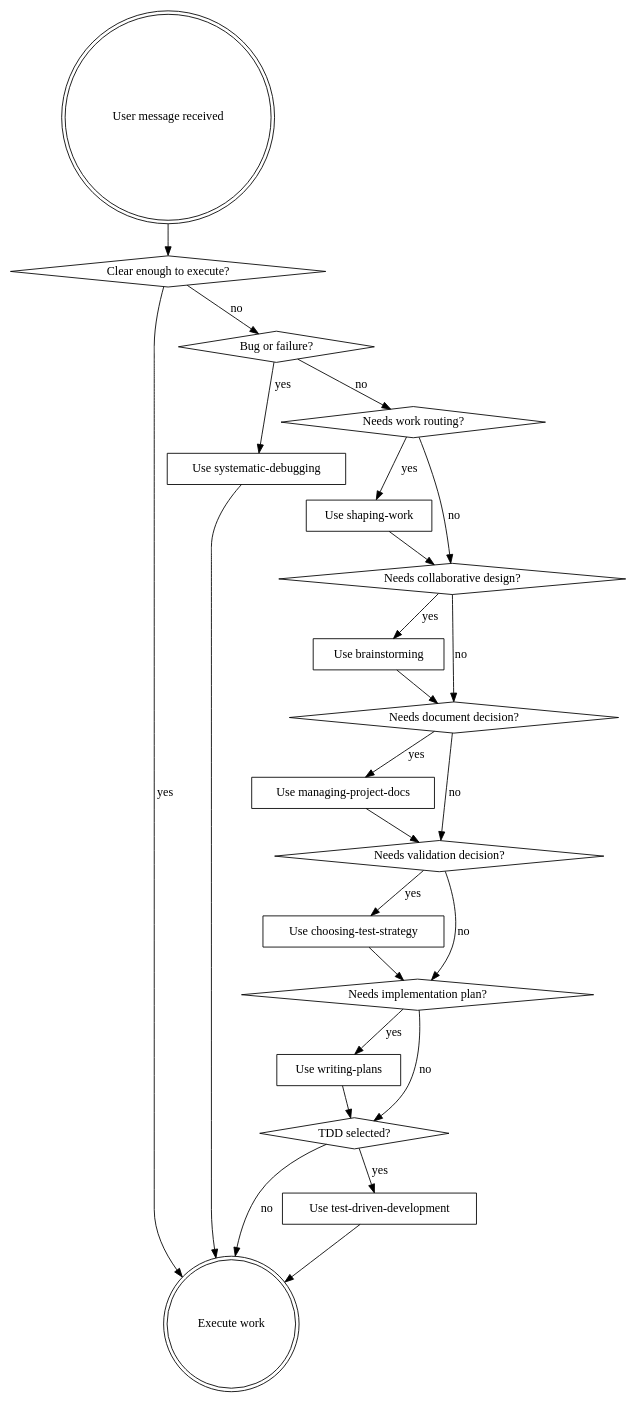
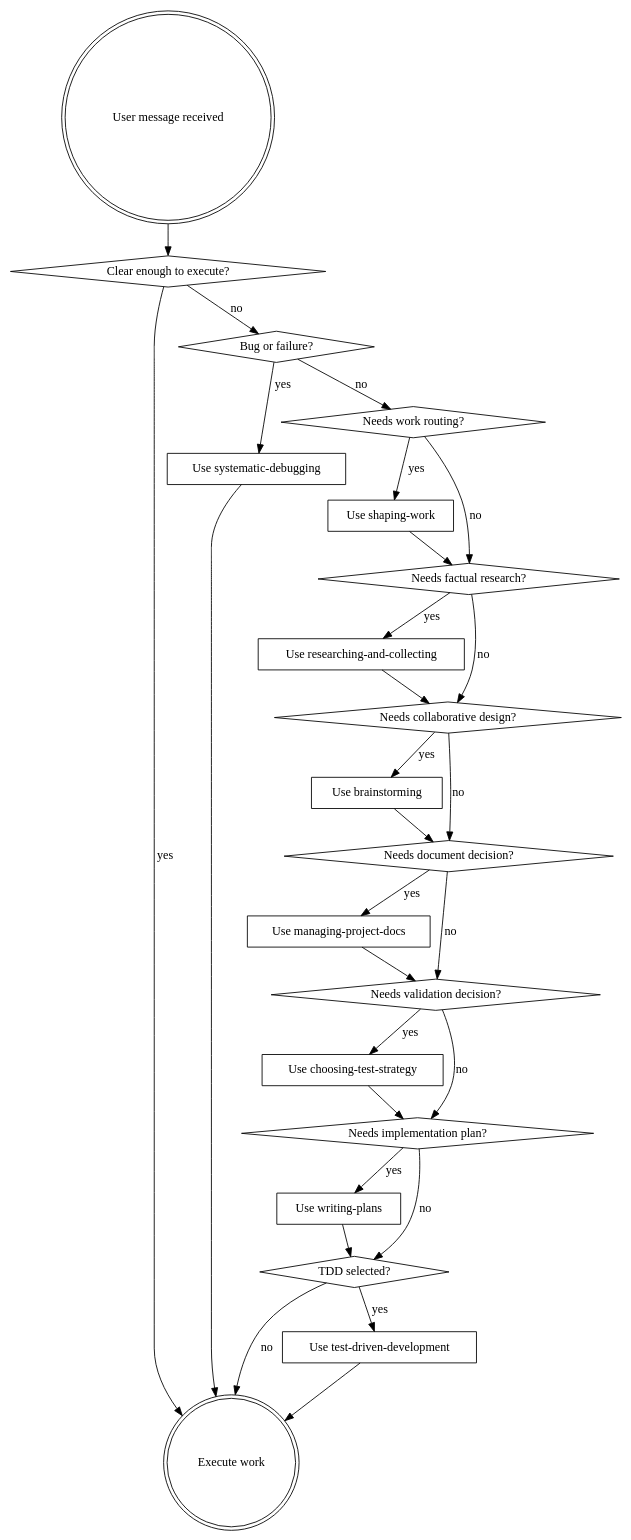
The diagram in using-redteapowers/SKILL.md (LanceAdd/RedTeaPowers), drawn with Graphviz before and after one commit. The commit also changed other lines of this file and 12 other files, not shown here.

````diff
--- a/using-redteapowers/SKILL.md
+++ b/using-redteapowers/SKILL.md
@@ -42,46 +43,51 @@
 ```dot
 digraph skill_flow {
     "User message received" [shape=doublecircle];
     "Clear enough to execute?" [shape=diamond];
     "Execute work" [shape=doublecircle];
     "Bug or failure?" [shape=diamond];
     "Use systematic-debugging" [shape=box];
     "Needs work routing?" [shape=diamond];
     "Use shaping-work" [shape=box];
+    "Needs factual research?" [shape=diamond];
+    "Use researching-and-collecting" [shape=box];
     "Needs collaborative design?" [shape=diamond];
     "Use brainstorming" [shape=box];
     "Needs document decision?" [shape=diamond];
     "Use managing-project-docs" [shape=box];
     "Needs validation decision?" [shape=diamond];
     "Use choosing-test-strategy" [shape=box];
     "Needs implementation plan?" [shape=diamond];
     "Use writing-plans" [shape=box];
     "TDD selected?" [shape=diamond];
     "Use test-driven-development" [shape=box];
 
     "User message received" -> "Clear enough to execute?";
     "Clear enough to execute?" -> "Execute work" [label="yes"];
     "Clear enough to execute?" -> "Bug or failure?" [label="no"];
     "Bug or failure?" -> "Use systematic-debugging" [label="yes"];
     "Bug or failure?" -> "Needs work routing?" [label="no"];
     "Use systematic-debugging" -> "Execute work";
     "Needs work routing?" -> "Use shaping-work" [label="yes"];
-    "Needs work routing?" -> "Needs collaborative design?" [label="no"];
-    "Use shaping-work" -> "Needs collaborative design?";
+    "Needs work routing?" -> "Needs factual research?" [label="no"];
+    "Use shaping-work" -> "Needs factual research?";
+    "Needs factual research?" -> "Use researching-and-collecting" [label="yes"];
+    "Needs factual research?" -> "Needs collaborative design?" [label="no"];
+    "Use researching-and-collecting" -> "Needs collaborative design?";
     "Needs collaborative design?" -> "Use brainstorming" [label="yes"];
     "Needs collaborative design?" -> "Needs document decision?" [label="no"];
     "Use brainstorming" -> "Needs document decision?";
     "Needs document decision?" -> "Use managing-project-docs" [label="yes"];
     "Needs document decision?" -> "Needs validation decision?" [label="no"];
     "Use managing-project-docs" -> "Needs validation decision?";
     "Needs validation decision?" -> "Use choosing-test-strategy" [label="yes"];
     "Needs validation decision?" -> "Needs implementation plan?" [label="no"];
     "Use choosing-test-strategy" -> "Needs implementation plan?";
     "Needs implementation plan?" -> "Use writing-plans" [label="yes"];
     "Needs implementation plan?" -> "TDD selected?" [label="no"];
     "Use writing-plans" -> "TDD selected?";
     "TDD selected?" -> "Use test-driven-development" [label="yes"];
     "TDD selected?" -> "Execute work" [label="no"];
     "Use test-driven-development" -> "Execute work";
 }
 ```
````
